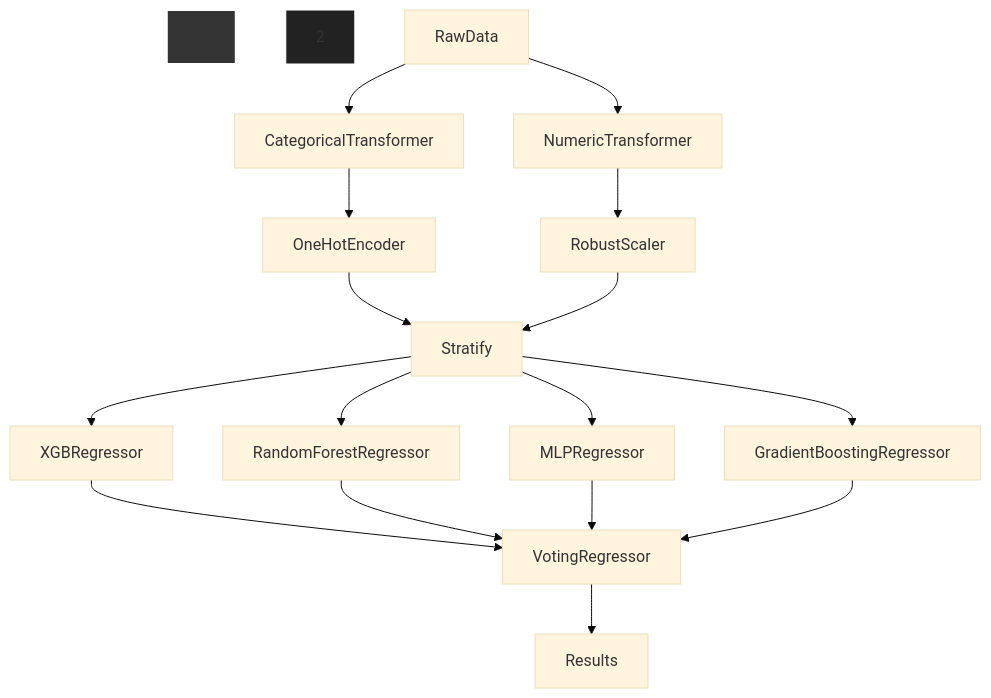
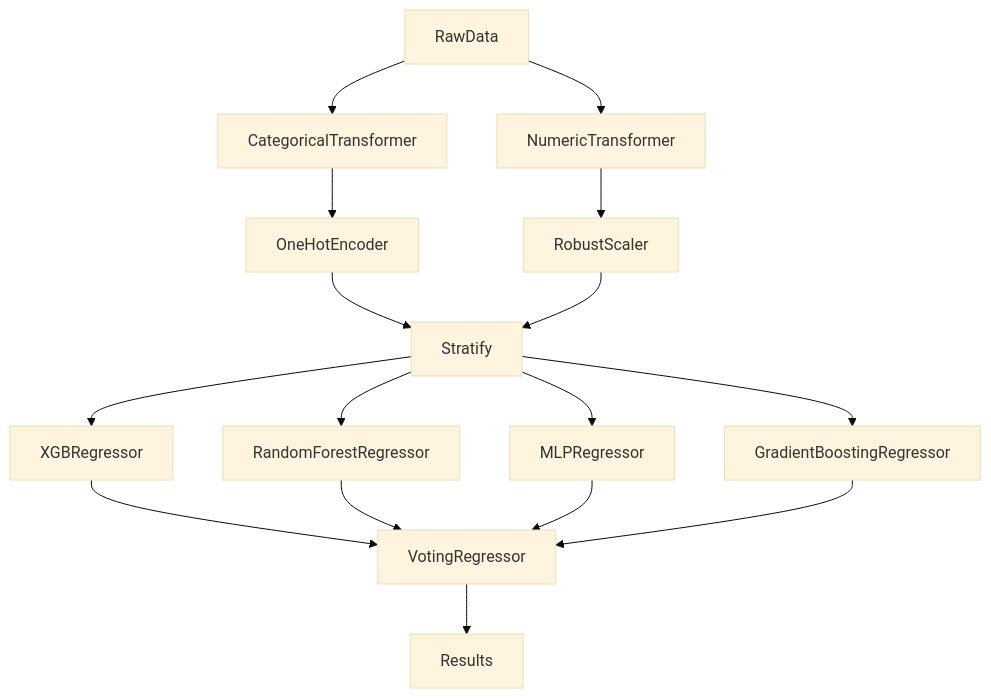
Before and after one commit to NickBok/Baseball: the diagram in Distance-Predictor/README.md, drawn with Mermaid (base theme).

````diff
--- a/Distance-Predictor/README.md
+++ b/Distance-Predictor/README.md
@@ -71,22 +71,20 @@
 ```mermaid
 graph TB
       RawData --> CategoricalTransformer;
       RawData --> NumericTransformer;
       CategoricalTransformer --> OneHotEncoder;
       OneHotEncoder --> Stratify;
       NumericTransformer --> RobustScaler;
       RobustScaler --> Stratify;
 
       Stratify-->XGBRegressor;
       Stratify-->RandomForestRegressor;
       Stratify-->MLPRegressor;
       Stratify-->GradientBoostingRegressor;
       XGBRegressor-->VotingRegressor;
       RandomForestRegressor-->VotingRegressor;
       MLPRegressor-->VotingRegressor;
       GradientBoostingRegressor-->VotingRegressor;
 
       VotingRegressor --> Results;
-style 1 fill:#333333,stroke:#FFFFFF,stroke-width:2px
-style 2 fill:#222222,stroke:#FFFFFF,stroke-width:1px
 ```
````
